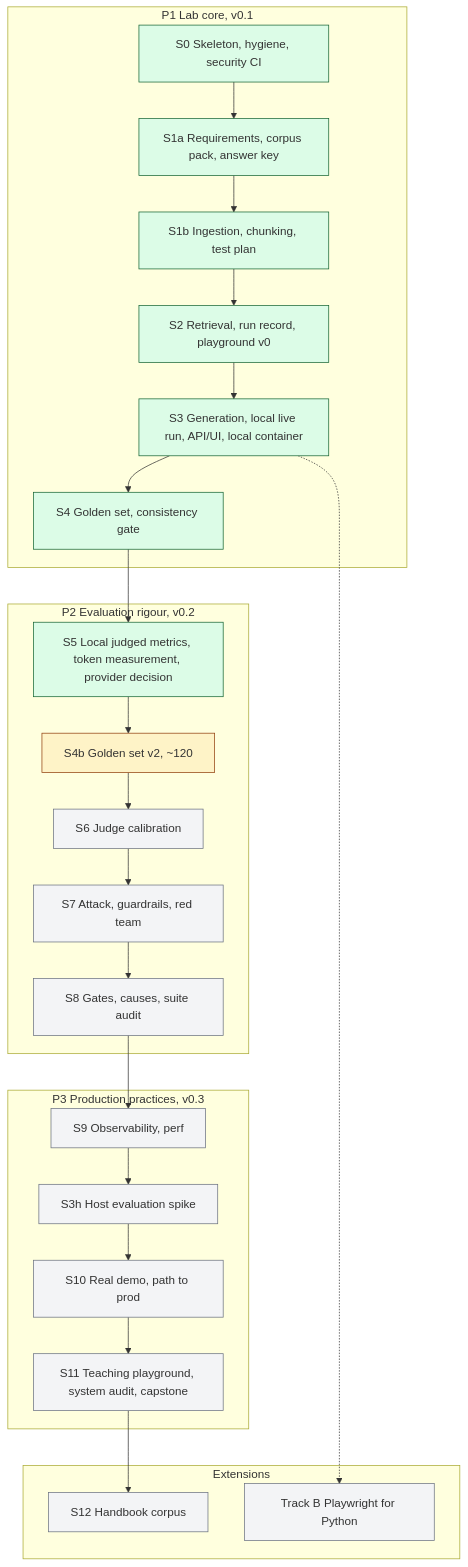
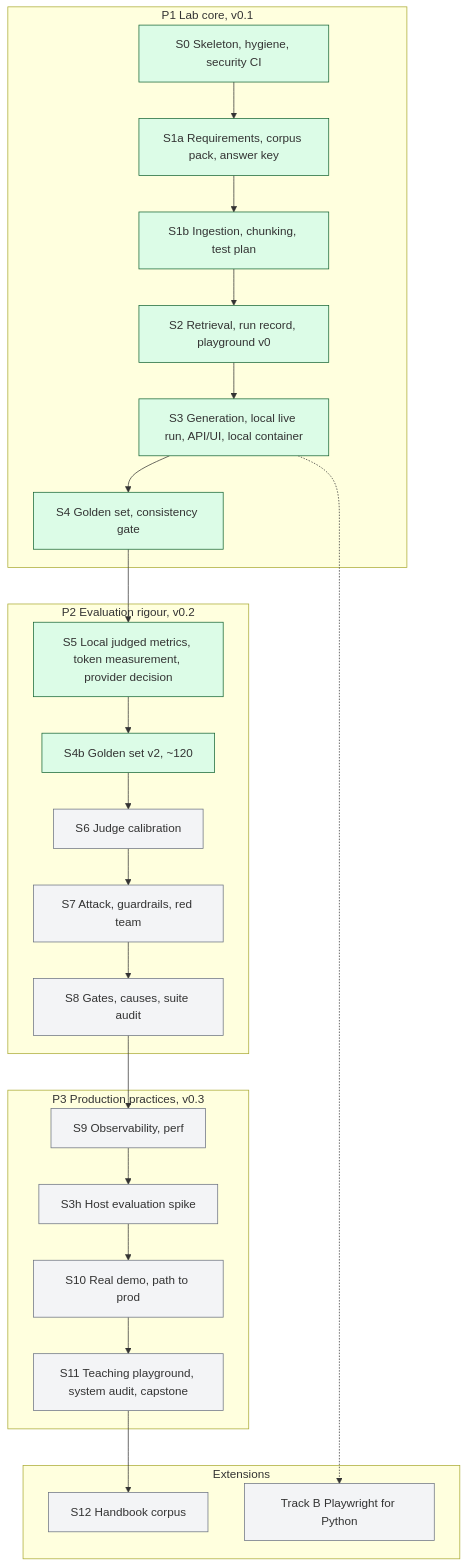
Before and after one commit to willcoliveira/ai-testing-rag-lab: the diagram in README.md, drawn with Mermaid. The commit also changed other lines of this file and 5 other files, not shown here.

````diff
--- a/README.md
+++ b/README.md
@@ -25,26 +25,25 @@
 ```mermaid
 flowchart TB
   subgraph P1[P1 Lab core, v0.1]
     S0[S0 Skeleton, hygiene, security CI] --> S1a[S1a Requirements, corpus pack, answer key] --> S1b[S1b Ingestion, chunking, test plan] --> S2[S2 Retrieval, run record, playground v0] --> S3[S3 Generation, local live run, API/UI, local container] --> S4[S4 Golden set, consistency gate]
   end
   subgraph P2[P2 Evaluation rigour, v0.2]
     S5[S5 Local judged metrics, token measurement, provider decision] --> S4b[S4b Golden set v2, ~120] --> S6[S6 Judge calibration] --> S7[S7 Attack, guardrails, red team] --> S8[S8 Gates, causes, suite audit]
   end
   subgraph P3[P3 Production practices, v0.3]
     S9[S9 Observability, perf] --> S3h[S3h Host evaluation spike] --> S10[S10 Real demo, path to prod] --> S11[S11 Teaching playground, system audit, capstone]
   end
   subgraph EXT[Extensions]
     S12[S12 Handbook corpus]
     B[Track B Playwright for Python]
   end
   S4 --> S5
   S8 --> S9
   S11 --> S12
   S3 -.-> B
   classDef todo fill:#f3f4f6,stroke:#6b7280
   classDef wip fill:#fef3c7,stroke:#92400e
   classDef done fill:#dcfce7,stroke:#166534
-  class S0,S1a,S1b,S2,S3,S4,S5 done
-  class S4b wip
+  class S0,S1a,S1b,S2,S3,S4,S5,S4b done
   class S3h,S6,S7,S8,S9,S10,S11,S12,B todo
 ```
````
